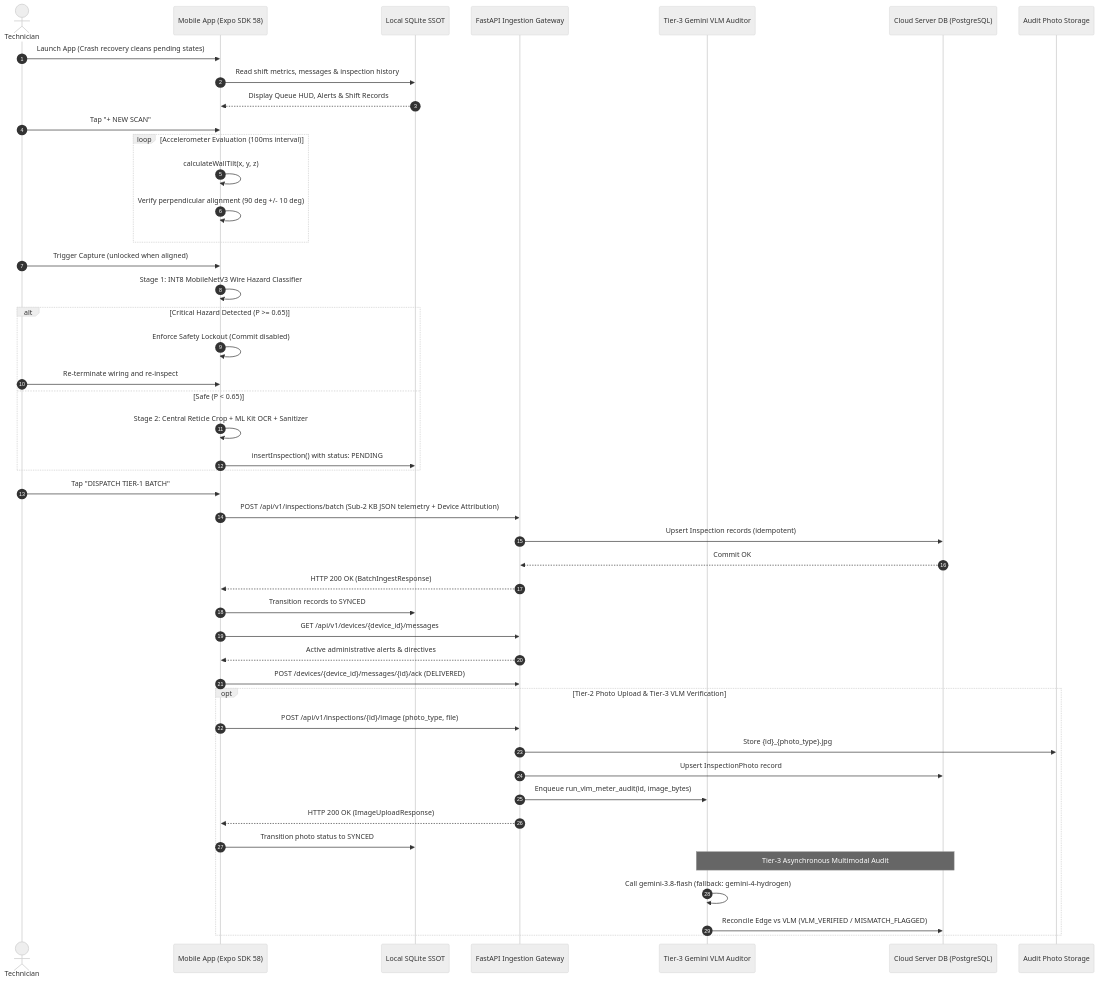
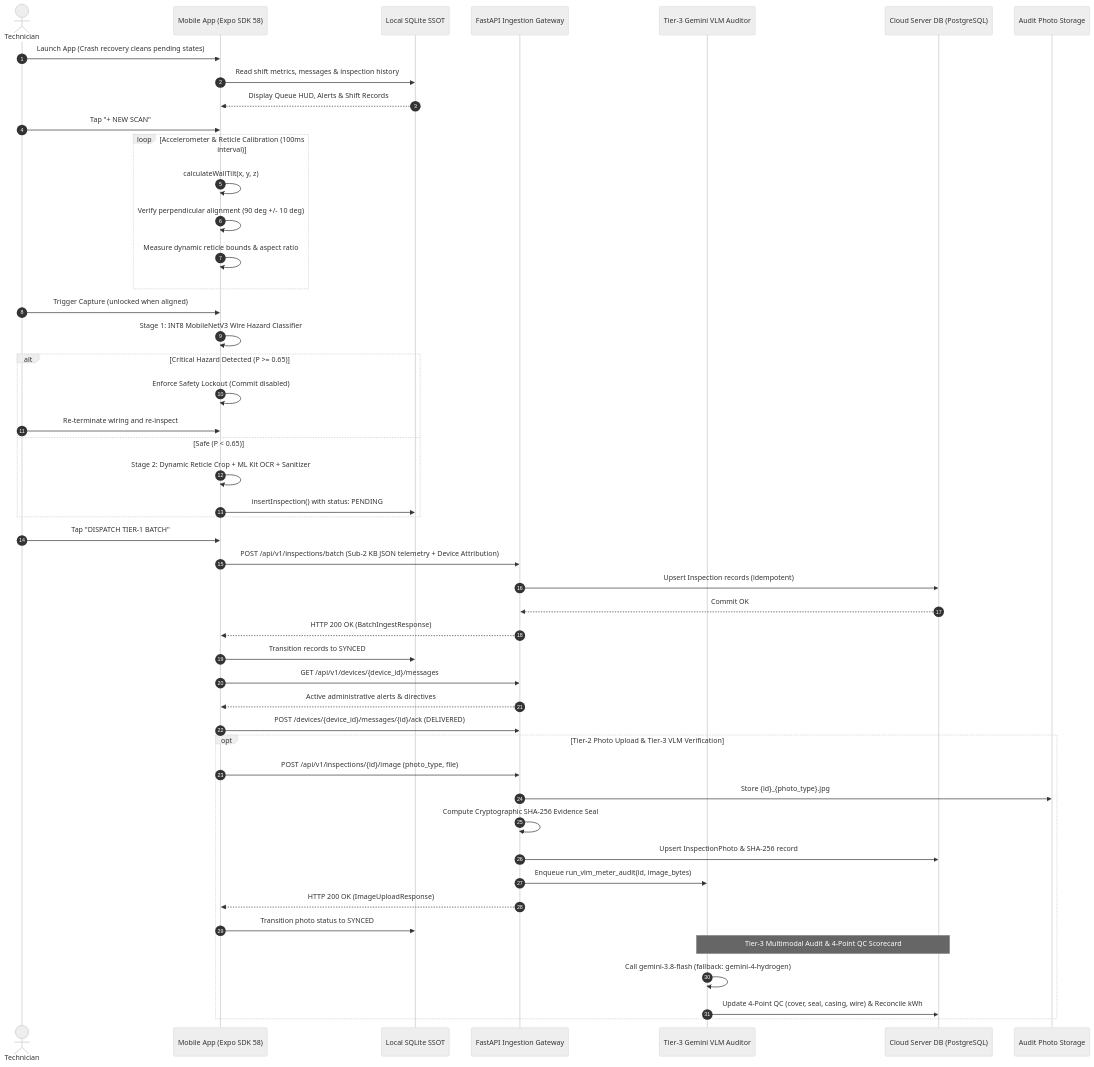
The second of 2 diagrams in README.md (frankmathewsajan/psychic-spark), drawn with Mermaid (neutral theme) before and after one commit. The commit also changed other lines of this file and 15 other files, not shown here.

Commit message:
feat(qc): add 4-point physical QC scorecard, reticle crop and DISCOM CSV export

````diff
--- a/README.md
+++ b/README.md
@@ -66,55 +68,57 @@
 ```mermaid
 sequenceDiagram
     autonumber
     actor Tech as Technician
     participant Mobile as Mobile App (Expo SDK 58)
     participant LocalDB as Local SQLite SSOT
     participant Gateway as FastAPI Ingestion Gateway
     participant VLM as Tier-3 Gemini VLM Auditor
     participant ServerDB as Cloud Server DB (PostgreSQL)
     participant FileStorage as Audit Photo Storage
 
     Tech->>Mobile: Launch App (Crash recovery cleans pending states)
     Mobile->>LocalDB: Read shift metrics, messages & inspection history
     LocalDB-->>Mobile: Display Queue HUD, Alerts & Shift Records
 
     Tech->>Mobile: Tap "+ NEW SCAN"
-    loop Accelerometer Evaluation (100ms interval)
+    loop Accelerometer & Reticle Calibration (100ms interval)
         Mobile->>Mobile: calculateWallTilt(x, y, z)
         Mobile->>Mobile: Verify perpendicular alignment (90 deg +/- 10 deg)
+        Mobile->>Mobile: Measure dynamic reticle bounds & aspect ratio
     end
 
     Tech->>Mobile: Trigger Capture (unlocked when aligned)
     Mobile->>Mobile: Stage 1: INT8 MobileNetV3 Wire Hazard Classifier
     alt Critical Hazard Detected (P >= 0.65)
         Mobile->>Mobile: Enforce Safety Lockout (Commit disabled)
         Tech->>Mobile: Re-terminate wiring and re-inspect
     else Safe (P < 0.65)
-        Mobile->>Mobile: Stage 2: Central Reticle Crop + ML Kit OCR + Sanitizer
+        Mobile->>Mobile: Stage 2: Dynamic Reticle Crop + ML Kit OCR + Sanitizer
         Mobile->>LocalDB: insertInspection() with status: PENDING
     end
 
     Tech->>Mobile: Tap "DISPATCH TIER-1 BATCH"
     Mobile->>Gateway: POST /api/v1/inspections/batch (Sub-2 KB JSON telemetry + Device Attribution)
     Gateway->>ServerDB: Upsert Inspection records (idempotent)
     ServerDB-->>Gateway: Commit OK
     Gateway-->>Mobile: HTTP 200 OK (BatchIngestResponse)
     Mobile->>LocalDB: Transition records to SYNCED
 
     Mobile->>Gateway: GET /api/v1/devices/{device_id}/messages
     Gateway-->>Mobile: Active administrative alerts & directives
     Mobile->>Gateway: POST /devices/{device_id}/messages/{id}/ack (DELIVERED)
 
     opt Tier-2 Photo Upload & Tier-3 VLM Verification
         Mobile->>Gateway: POST /api/v1/inspections/{id}/image (photo_type, file)
         Gateway->>FileStorage: Store {id}_{photo_type}.jpg
-        Gateway->>ServerDB: Upsert InspectionPhoto record
+        Gateway->>Gateway: Compute Cryptographic SHA-256 Evidence Seal
+        Gateway->>ServerDB: Upsert InspectionPhoto & SHA-256 record
         Gateway->>VLM: Enqueue run_vlm_meter_audit(id, image_bytes)
         Gateway-->>Mobile: HTTP 200 OK (ImageUploadResponse)
         Mobile->>LocalDB: Transition photo status to SYNCED
         
-        Note over VLM,ServerDB: Tier-3 Asynchronous Multimodal Audit
+        Note over VLM,ServerDB: Tier-3 Multimodal Audit & 4-Point QC Scorecard
         VLM->>VLM: Call gemini-3.8-flash (fallback: gemini-4-hydrogen)
-        VLM->>ServerDB: Reconcile Edge vs VLM (VLM_VERIFIED / MISMATCH_FLAGGED)
+        VLM->>ServerDB: Update 4-Point QC (cover, seal, casing, wire) & Reconcile kWh
     end
 ```
````
